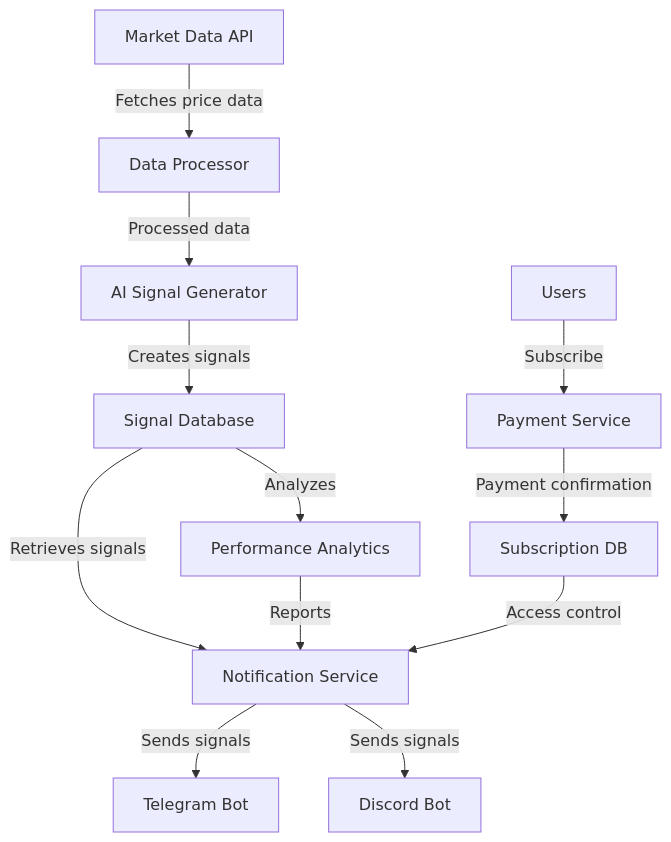
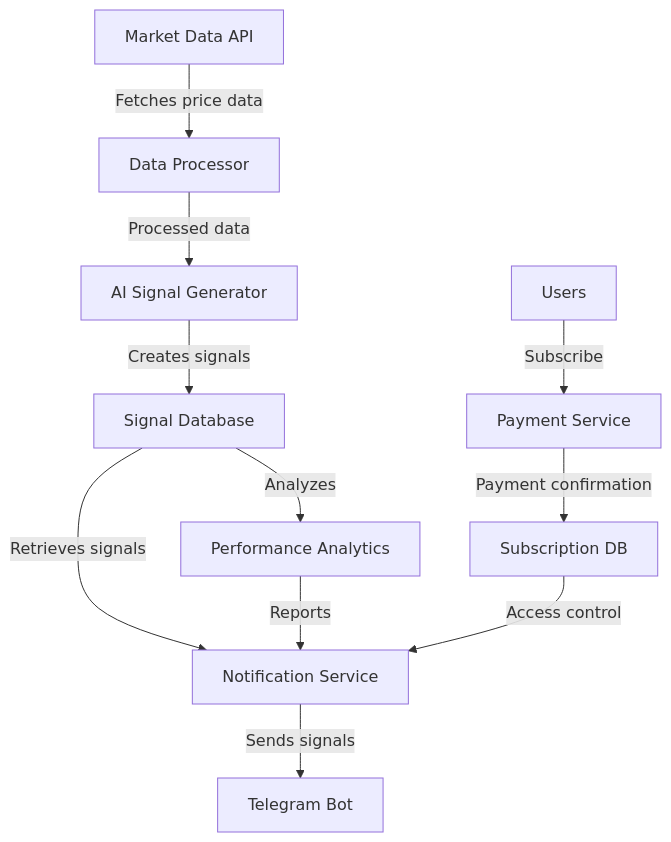
One commit to amodoipeter/Signal-zombitx64 changed the first of 6 diagrams in README.md. Above: the diagram before and after it, drawn with Mermaid. The commit also changed other lines of this file, not shown here.

Commit message:
Remove Discord integration and update documentation

````diff
--- a/README.md
+++ b/README.md
@@ -18,14 +18,13 @@
 ```mermaid
 graph TD
     A[Market Data API] -->|Fetches price data| B[Data Processor]
     B -->|Processed data| C[AI Signal Generator]
     C -->|Creates signals| D[Signal Database]
     D -->|Retrieves signals| E[Notification Service]
     E -->|Sends signals| F[Telegram Bot]
-    E -->|Sends signals| G[Discord Bot]
     H[Users] -->|Subscribe| I[Payment Service]
     I -->|Payment confirmation| J[Subscription DB]
     J -->|Access control| E
     D -->|Analyzes| K[Performance Analytics]
     K -->|Reports| E
 ```
````
